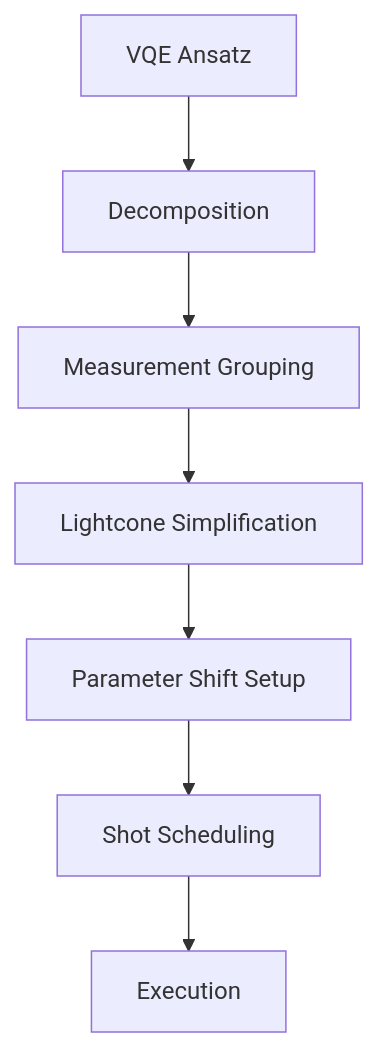
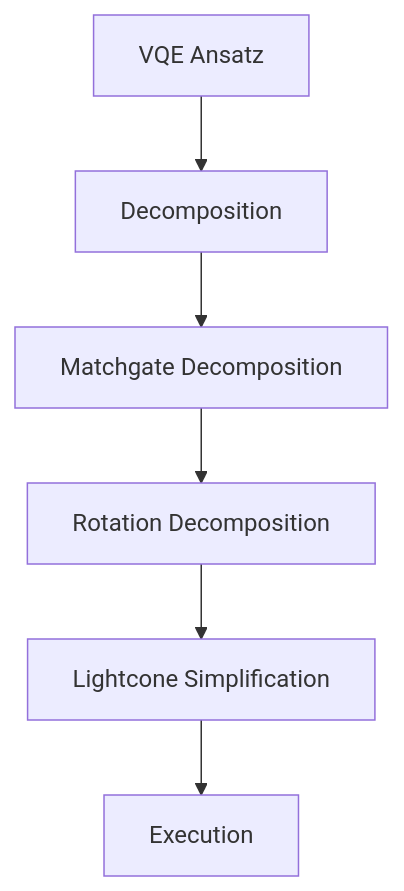
One commit to QureGenAI-Biotech/TyxonQ changed the ninth of 14 diagrams in .qoder/repowiki/en/content/Core Framework Architecture/Compiler Pipeline/Compiler Pipeline.md. Above: the diagram before and after it, drawn with Mermaid. The commit also changed other lines of this file and 516 other files, not shown here.

````diff
--- a/.qoder/repowiki/en/content/Core Framework Architecture/Compiler Pipeline/Compiler Pipeline.md
+++ b/.qoder/repowiki/en/content/Core Framework Architecture/Compiler Pipeline/Compiler Pipeline.md
@@ -446,9 +340,8 @@
 ```mermaid
 flowchart TD
 A[VQE Ansatz] --> B[Decomposition]
-B --> C[Measurement Grouping]
-C --> D[Lightcone Simplification]
-D --> E[Parameter Shift Setup]
-E --> F[Shot Scheduling]
-F --> G[Execution]
+B --> C[Matchgate Decomposition]
+C --> D[Rotation Decomposition]
+D --> E[Lightcone Simplification]
+E --> F[Execution]
 ```
````
